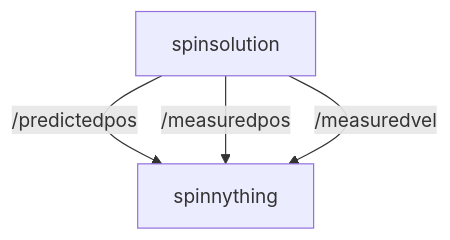
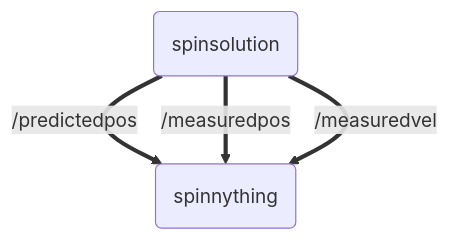
One commit to tekkaonigiri/tr-autonomy-1-tekkaonigiri changed the diagram in README.md. Above: the diagram before and after it, drawn with Mermaid. The commit also changed other lines of this file, not shown here.

````diff
--- a/README.md
+++ b/README.md
@@ -66,8 +66,8 @@
 ```mermaid
 graph TD;
-sol["spinsolution"]
-tng["spinnything"]
-sol -- /predictedpos --> tng;
-sol -- /measuredpos --> tng;
-sol -- /measuredvel --> tng;
+sol("spinsolution")
+tng("spinnything")
+sol == /predictedpos ==> tng;
+sol == /measuredpos ==> tng;
+sol == /measuredvel ==> tng;
 ```
````
